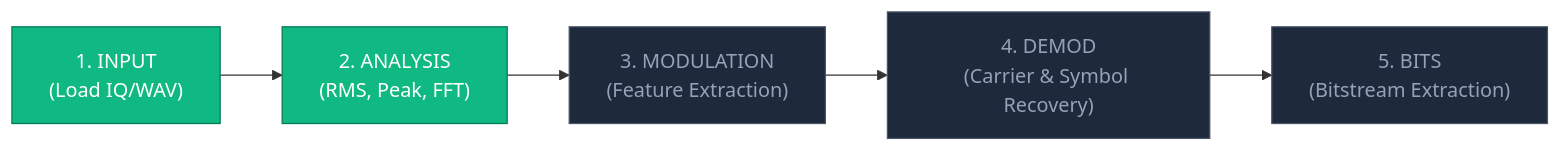
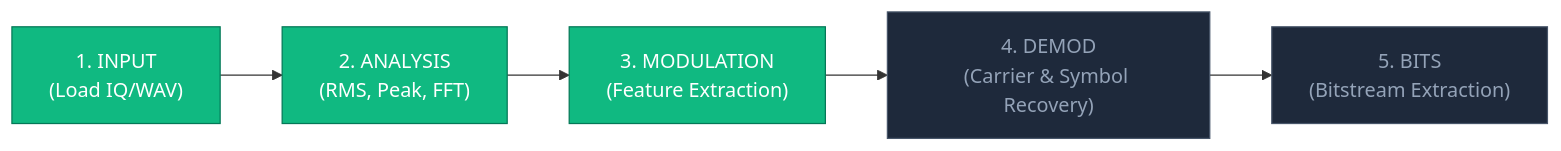
Before and after one commit to KingSahil/SIGMA: the second of 2 diagrams in docs/DATA_PIPELINE_AND_FORMATS.md, drawn with Mermaid. The commit also changed other lines of this file and 4 other files, not shown here.

````diff
--- a/docs/DATA_PIPELINE_AND_FORMATS.md
+++ b/docs/DATA_PIPELINE_AND_FORMATS.md
@@ -112,13 +128,13 @@
 ```mermaid
 graph LR
     S1["1. INPUT<br>(Load IQ/WAV)"] --> S2["2. ANALYSIS<br>(RMS, Peak, FFT)"]
     S2 --> S3["3. MODULATION<br>(Feature Extraction)"]
     S3 --> S4["4. DEMOD<br>(Carrier & Symbol Recovery)"]
     S4 --> S5["5. BITS<br>(Bitstream Extraction)"]
 
     style S1 fill:#10b981,stroke:#047857,color:#ffffff
     style S2 fill:#10b981,stroke:#047857,color:#ffffff
-    style S3 fill:#1e293b,stroke:#475569,color:#94a3b8
+    style S3 fill:#10b981,stroke:#047857,color:#ffffff
     style S4 fill:#1e293b,stroke:#475569,color:#94a3b8
     style S5 fill:#1e293b,stroke:#475569,color:#94a3b8
 ```
````
